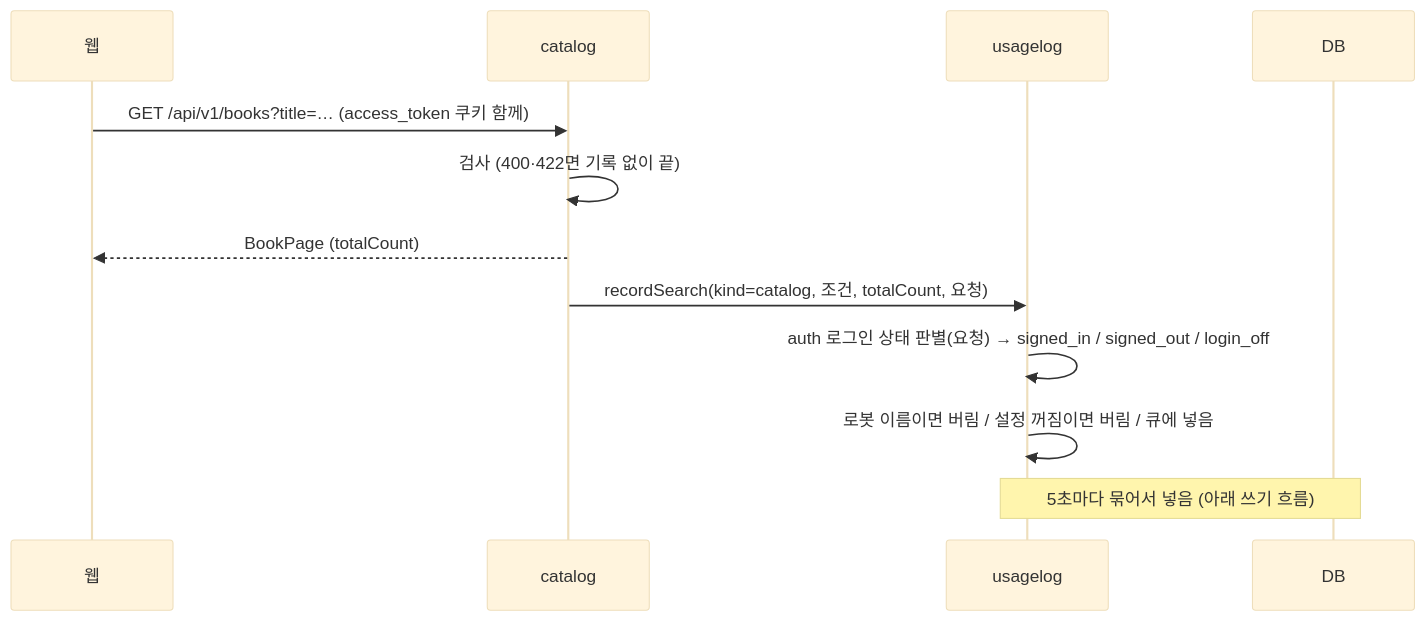
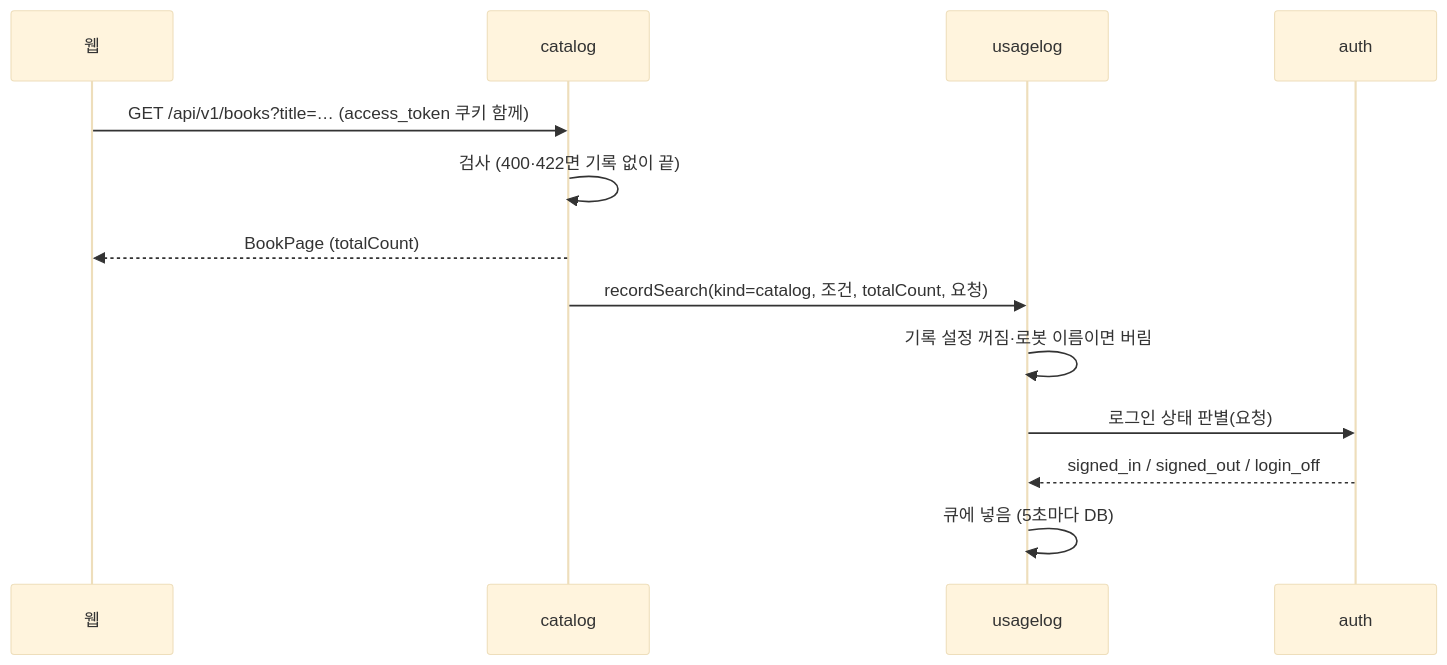
One commit to hodu-sketch/chaekcheck-plan changed the second of 7 diagrams in docs/cycles/15-usage-log/design-delta.md. Above: the diagram before and after it, drawn with Mermaid (base theme). The commit also changed other lines of this file and 16 other files, not shown here.

````diff
--- a/docs/cycles/15-usage-log/design-delta.md
+++ b/docs/cycles/15-usage-log/design-delta.md
@@ -32,14 +30,15 @@
 ```mermaid
 sequenceDiagram
   participant W as 웹
   participant C as catalog
   participant U as usagelog
-  participant D as DB
+  participant A as auth
   W->>C: GET /api/v1/books?title=… (access_token 쿠키 함께)
   C->>C: 검사 (400·422면 기록 없이 끝)
   C-->>W: BookPage (totalCount)
   C->>U: recordSearch(kind=catalog, 조건, totalCount, 요청)
-  U->>U: auth 로그인 상태 판별(요청) → signed_in / signed_out / login_off
-  U->>U: 로봇 이름이면 버림 / 설정 꺼짐이면 버림 / 큐에 넣음
-  Note over U,D: 5초마다 묶어서 넣음 (아래 쓰기 흐름)
+  U->>U: 기록 설정 꺼짐·로봇 이름이면 버림
+  U->>A: 로그인 상태 판별(요청)
+  A-->>U: signed_in / signed_out / login_off
+  U->>U: 큐에 넣음 (5초마다 DB)
 ```
````
